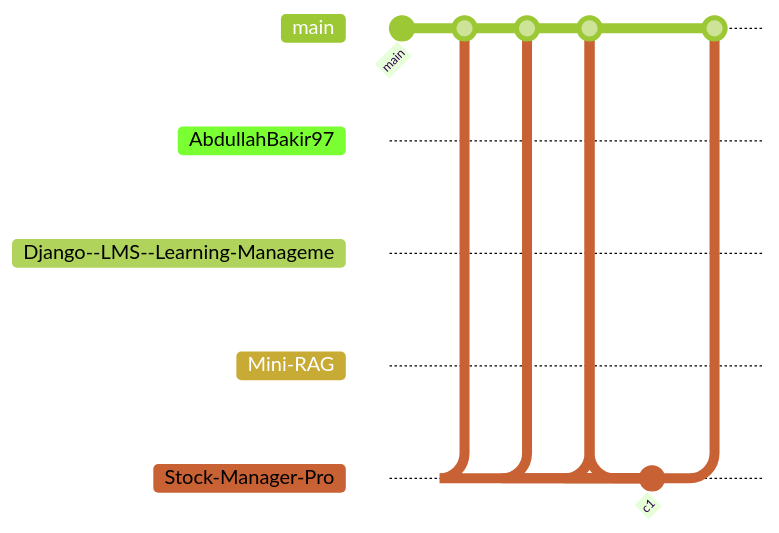
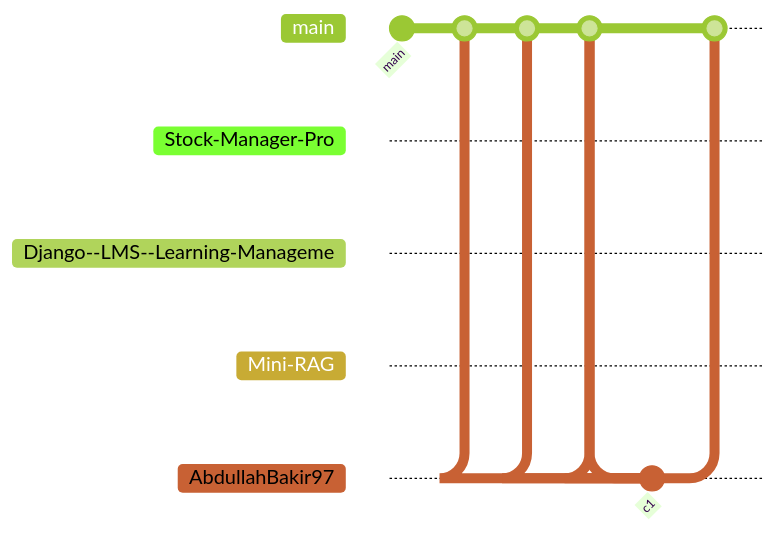
The diagram in README.md (AbdullahBakir97/AbdullahBakir97), drawn with Mermaid (forest theme) before and after one commit. The commit also changed other lines of this file and 18 other files, not shown here.

````diff
--- a/README.md
+++ b/README.md
@@ -336,24 +336,24 @@
 ```mermaid
 gitGraph
    commit id: "main"
-   branch AbdullahBakir97
-   checkout AbdullahBakir97
+   branch Stock-Manager-Pro
+   checkout Stock-Manager-Pro
    commit id: "c1"
    checkout main
-   merge AbdullahBakir97
+   merge Stock-Manager-Pro
    branch Django--LMS--Learning-Manageme
    checkout Django--LMS--Learning-Manageme
    commit id: "c1"
    checkout main
    merge Django--LMS--Learning-Manageme
    branch Mini-RAG
    checkout Mini-RAG
    commit id: "c1"
    checkout main
    merge Mini-RAG
-   branch Stock-Manager-Pro
-   checkout Stock-Manager-Pro
+   branch AbdullahBakir97
+   checkout AbdullahBakir97
    commit id: "c1"
    checkout main
-   merge Stock-Manager-Pro
+   merge AbdullahBakir97
 ```
````
